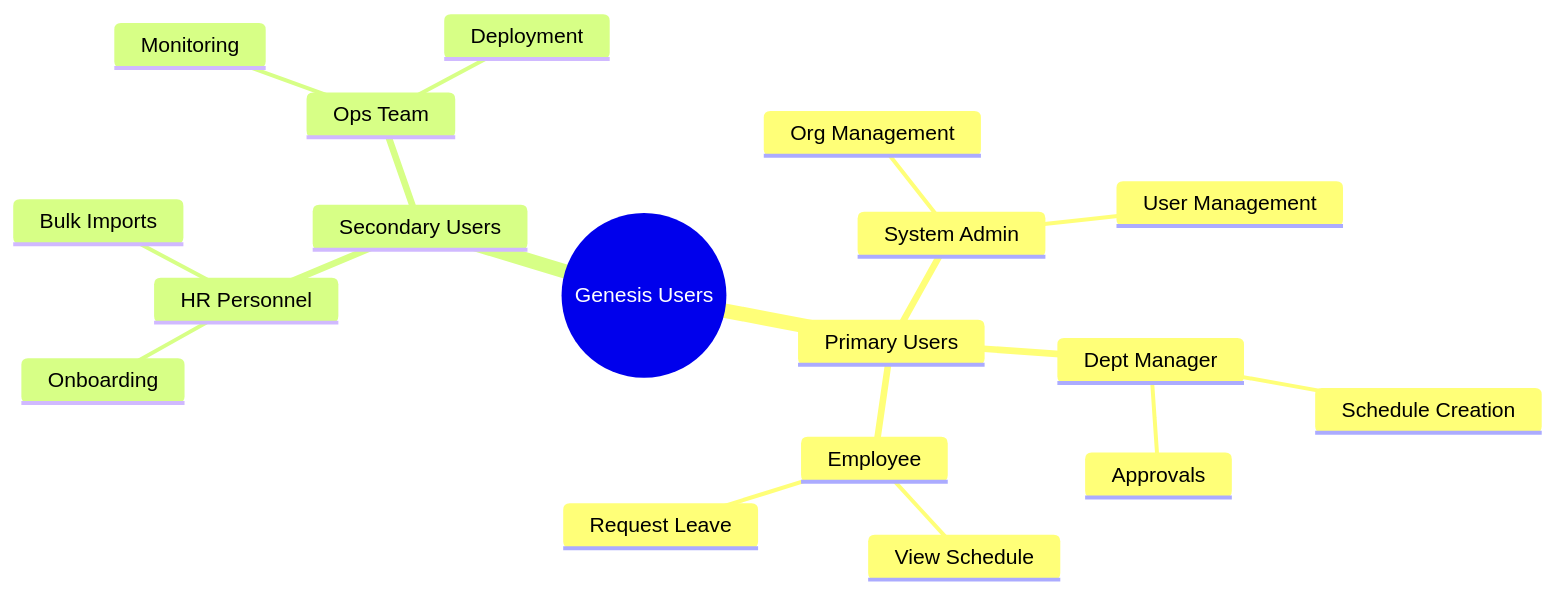
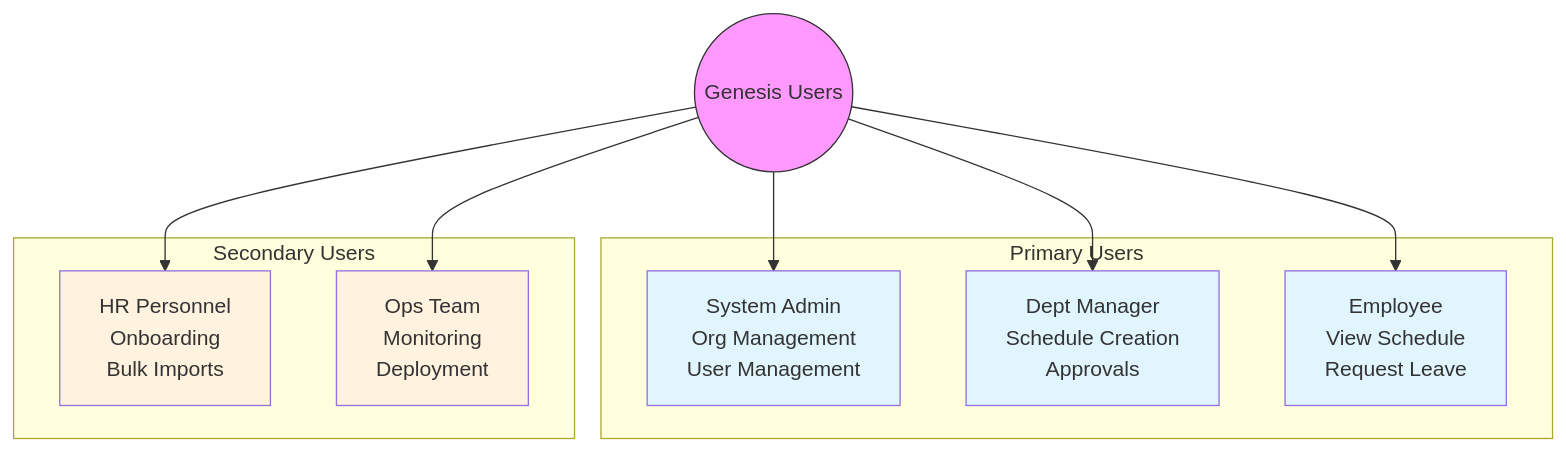
The diagram in technical_documentation/01_EXECUTIVE_SUMMARY.md (moses1998lee/horaion-documentation), drawn with Mermaid before and after one commit. The commit also changed 1 other file, not shown here.

Commit message:
fix(docs): convert mermaid diagrams to standard graph syntax

````diff
--- a/technical_documentation/01_EXECUTIVE_SUMMARY.md
+++ b/technical_documentation/01_EXECUTIVE_SUMMARY.md
@@ -83,26 +83,28 @@
 ```mermaid
-mindmap
-  root((Genesis Users))
-    Primary Users
-      System Admin
-        ::icon(fa fa-cogs)
-        Org Management
-        User Management
-      Dept Manager
-        ::icon(fa fa-user-tie)
-        Schedule Creation
-        Approvals
-      Employee
-        ::icon(fa fa-user)
-        View Schedule
-        Request Leave
-    Secondary Users
-      HR Personnel
-        ::icon(fa fa-users)
-        Onboarding
-        Bulk Imports
-      Ops Team
-        ::icon(fa fa-server)
-        Monitoring
-        Deployment
+graph TD
+    root((Genesis Users))
+    
+    subgraph Primary_Users [Primary Users]
+        SysAdmin[System Admin<br/>Org Management<br/>User Management]
+        DeptMgr[Dept Manager<br/>Schedule Creation<br/>Approvals]
+        Emp[Employee<br/>View Schedule<br/>Request Leave]
+    end
+    
+    subgraph Secondary_Users [Secondary Users]
+        HR[HR Personnel<br/>Onboarding<br/>Bulk Imports]
+        Ops[Ops Team<br/>Monitoring<br/>Deployment]
+    end
+    
+    root --> SysAdmin
+    root --> DeptMgr
+    root --> Emp
+    root --> HR
+    root --> Ops
+    
+    style root fill:#f9f,stroke:#333
+    style SysAdmin fill:#e1f5fe
+    style DeptMgr fill:#e1f5fe
+    style Emp fill:#e1f5fe
+    style HR fill:#fff3e0
+    style Ops fill:#fff3e0
 ```
````
